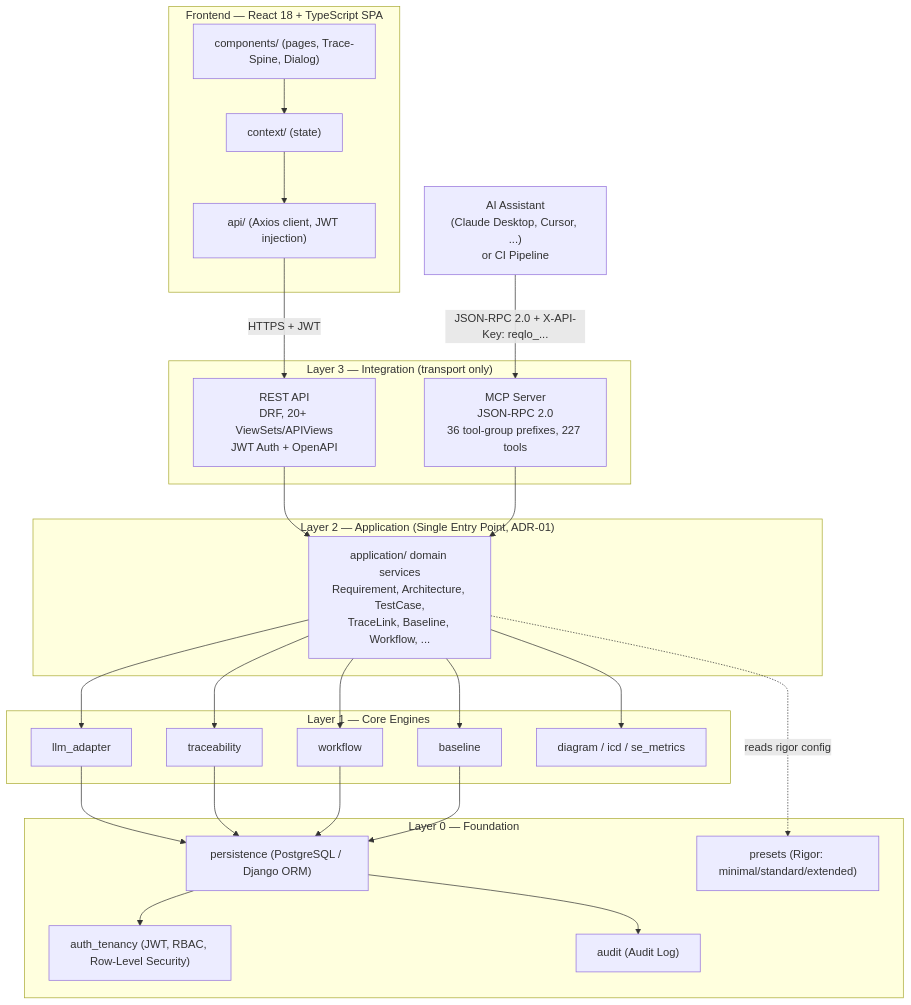
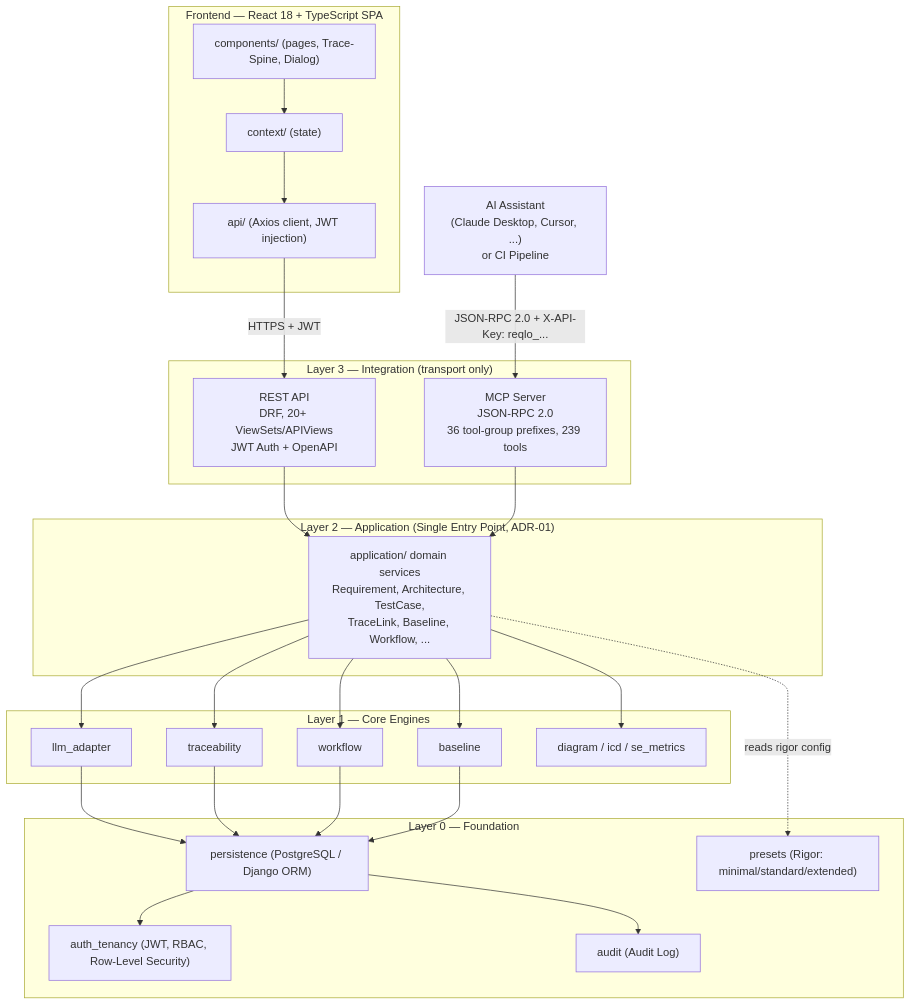
Before and after one commit to Popoboxxo/ReqogniLoom: the first of 3 diagrams in README.md, drawn with Mermaid. The commit also changed other lines of this file and 11 other files, not shown here.

````diff
--- a/README.md
+++ b/README.md
@@ -101,53 +101,53 @@
 ```mermaid
 graph TD
     subgraph FE["Frontend — React 18 + TypeScript SPA"]
         UI["components/ (pages, Trace-Spine, Dialog)"]
         CTX["context/ (state)"]
         APICLIENT["api/ (Axios client, JWT injection)"]
         UI --> CTX --> APICLIENT
     end
 
     EXT["AI Assistant<br/>(Claude Desktop, Cursor, ...)<br/>or CI Pipeline"]
 
     subgraph L3["Layer 3 — Integration (transport only)"]
         REST["REST API<br/>DRF, 20+ ViewSets/APIViews<br/>JWT Auth + OpenAPI"]
-        MCP["MCP Server<br/>JSON-RPC 2.0<br/>36 tool-group prefixes, 227 tools"]
+        MCP["MCP Server<br/>JSON-RPC 2.0<br/>36 tool-group prefixes, 239 tools"]
     end
 
     subgraph L2["Layer 2 — Application (Single Entry Point, ADR-01)"]
         APP["application/ domain services<br/>Requirement, Architecture, TestCase,<br/>TraceLink, Baseline, Workflow, ..."]
     end
 
     subgraph L1["Layer 1 — Core Engines"]
         LLM["llm_adapter"]
         TRACE["traceability"]
         WF["workflow"]
         BASE["baseline"]
         DIAG["diagram / icd / se_metrics"]
     end
 
     subgraph L0["Layer 0 — Foundation"]
         PERSIST["persistence (PostgreSQL / Django ORM)"]
         AUTH["auth_tenancy (JWT, RBAC, Row-Level Security)"]
         PRESET["presets (Rigor: minimal/standard/extended)"]
         AUDIT["audit (Audit Log)"]
     end
 
     APICLIENT -->|"HTTPS + JWT"| REST
     EXT -->|"JSON-RPC 2.0 + X-API-Key: reqlo_..."| MCP
 
     REST --> APP
     MCP --> APP
     APP --> LLM
     APP --> TRACE
     APP --> WF
     APP --> BASE
     APP --> DIAG
     APP -.->|"reads rigor config"| PRESET
     LLM --> PERSIST
     TRACE --> PERSIST
     WF --> PERSIST
     BASE --> PERSIST
     PERSIST --> AUTH
     PERSIST --> AUDIT
 ```
````
